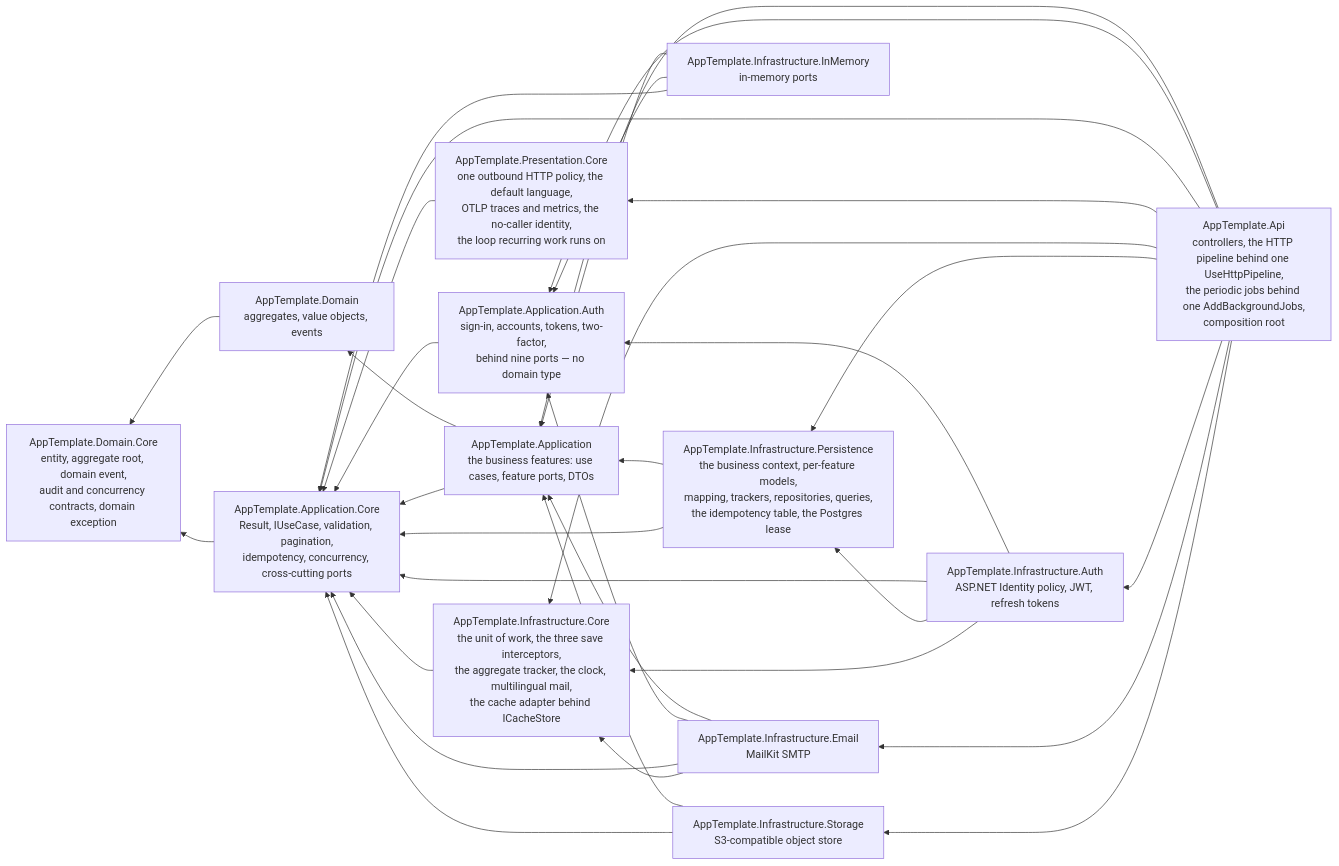
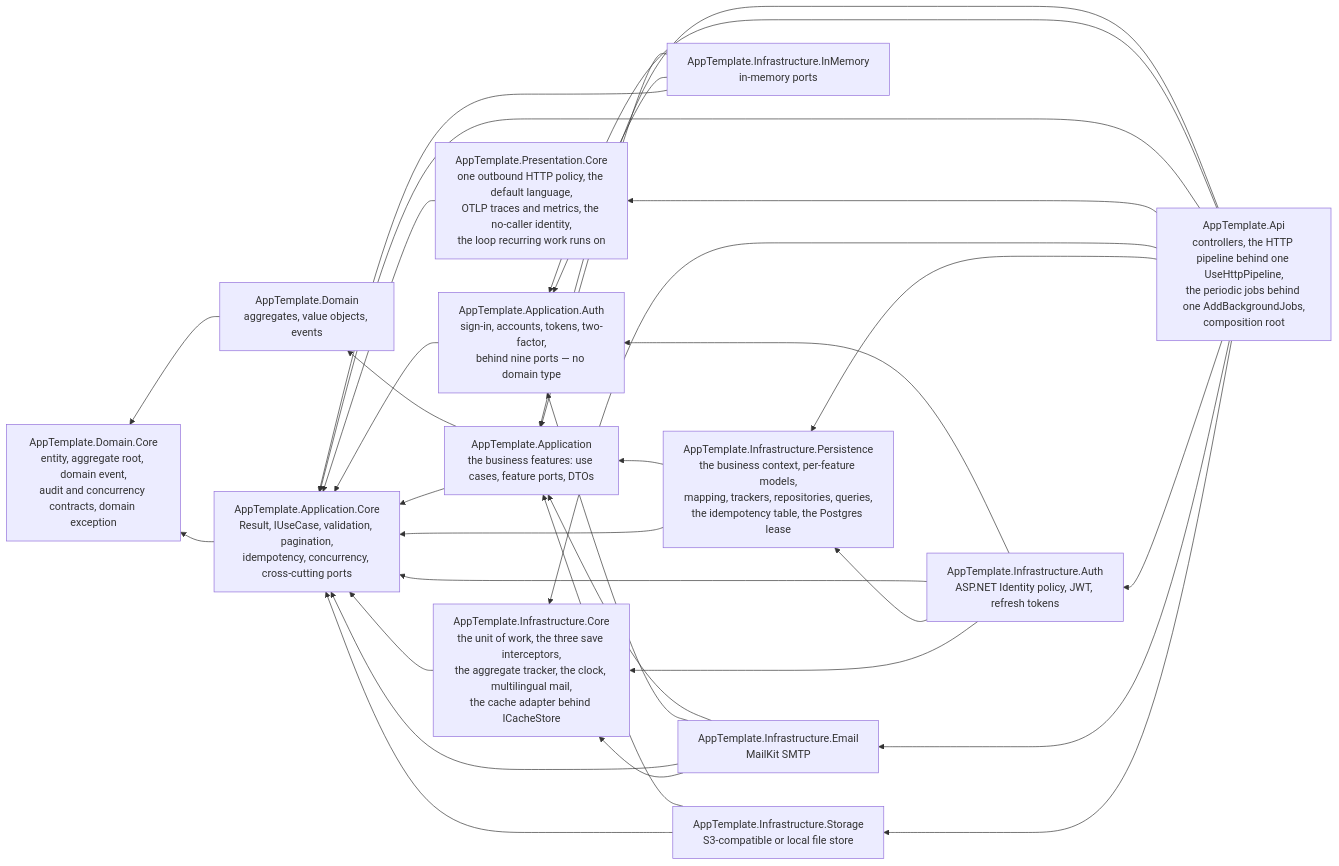
One commit to Pierre-MarieMarchio/Template-DotNet_Clean_Architecture changed the diagram in docs/ARCHITECTURE.md. Above: the diagram before and after it, drawn with Mermaid. The commit also changed 126 other files, not shown here.

````diff
--- a/docs/ARCHITECTURE.md
+++ b/docs/ARCHITECTURE.md
@@ -52,48 +52,48 @@
 ```mermaid
 graph RL
     Api[AppTemplate.Api<br/>controllers, the HTTP pipeline behind one UseHttpPipeline,<br/>the periodic jobs behind one AddBackgroundJobs,<br/>composition root]
     PresCore[AppTemplate.Presentation.Core<br/>one outbound HTTP policy, the default language,<br/>OTLP traces and metrics, the no-caller identity,<br/>the loop recurring work runs on]
     Ident[AppTemplate.Infrastructure.Auth<br/>ASP.NET Identity policy, JWT, refresh tokens]
     Mail[AppTemplate.Infrastructure.Email<br/>MailKit SMTP]
-    Store[AppTemplate.Infrastructure.Storage<br/>S3-compatible object store]
+    Store[AppTemplate.Infrastructure.Storage<br/>S3-compatible or local file store]
     Mem[AppTemplate.Infrastructure.InMemory<br/>in-memory ports]
     Pers[AppTemplate.Infrastructure.Persistence<br/>the business context, per-feature models,<br/>mapping, trackers, repositories, queries,<br/>the idempotency table, the Postgres lease]
     InfraCore[AppTemplate.Infrastructure.Core<br/>the unit of work, the three save interceptors,<br/>the aggregate tracker, the clock, multilingual mail,<br/>the cache adapter behind ICacheStore]
     App[AppTemplate.Application<br/>the business features: use cases, feature ports, DTOs]
     Auth[AppTemplate.Application.Auth<br/>sign-in, accounts, tokens, two-factor,<br/>behind nine ports — no domain type]
     AppCore[AppTemplate.Application.Core<br/>Result, IUseCase, validation, pagination,<br/>idempotency, concurrency, cross-cutting ports]
     Dom[AppTemplate.Domain<br/>aggregates, value objects, events]
     DomCore[AppTemplate.Domain.Core<br/>entity, aggregate root, domain event,<br/>audit and concurrency contracts, domain exception]
 
     Dom --> DomCore
     AppCore --> DomCore
     App --> Dom
     App --> AppCore
     Auth --> AppCore
     PresCore --> AppCore
     InfraCore --> AppCore
     Pers --> App
     Pers --> AppCore
     Ident --> Auth
     Ident --> AppCore
     Ident --> Pers
     Ident --> InfraCore
     Mail --> App
     Mail --> Auth
     Mail --> AppCore
     Mail --> InfraCore
     Store --> App
     Store --> AppCore
     Mem --> App
     Mem --> Auth
     Mem --> AppCore
     Api --> App
     Api --> Auth
     Api --> AppCore
     Api --> PresCore
     Api --> InfraCore
     Api --> Pers
     Api --> Ident
     Api --> Mail
     Api --> Store
 ```
````
